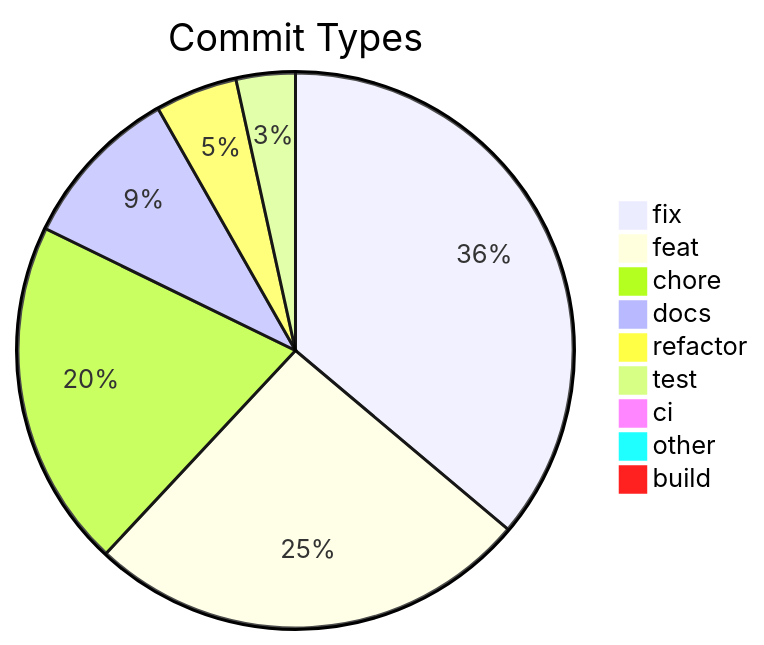
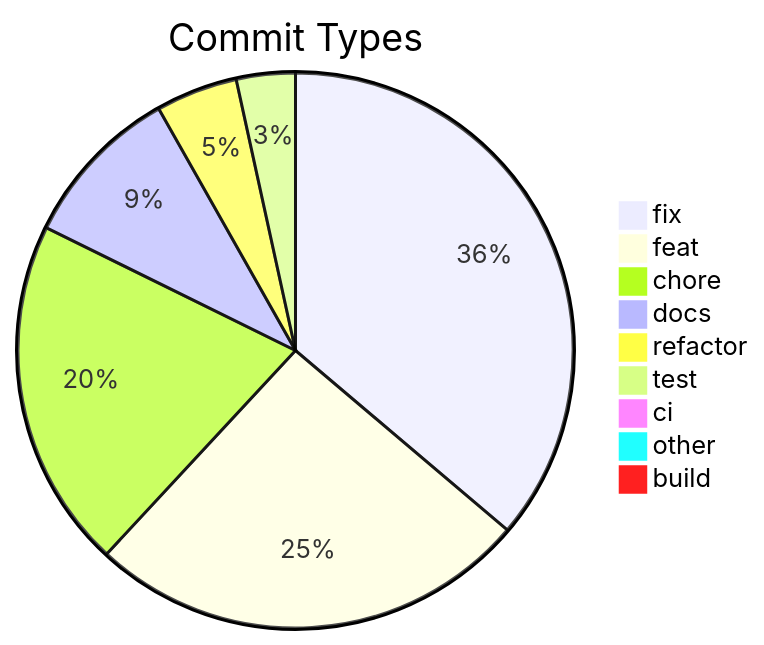
One commit to svenroth-ai/shipwright-webui changed the diagram in .shipwright/compliance/change-history.md. Above: the diagram before and after it, drawn with Mermaid. The commit also changed other lines of this file and 33 other files, not shown here.

````diff
--- a/.shipwright/compliance/change-history.md
+++ b/.shipwright/compliance/change-history.md
@@ -8,12 +8,12 @@
 ```mermaid
 pie title Commit Types
-    "fix" : 189
+    "fix" : 190
     "feat" : 135
-    "chore" : 106
+    "chore" : 107
     "docs" : 50
     "refactor" : 25
     "test" : 18
     "ci" : 4
     "other" : 4
     "build" : 1
 ```
````
